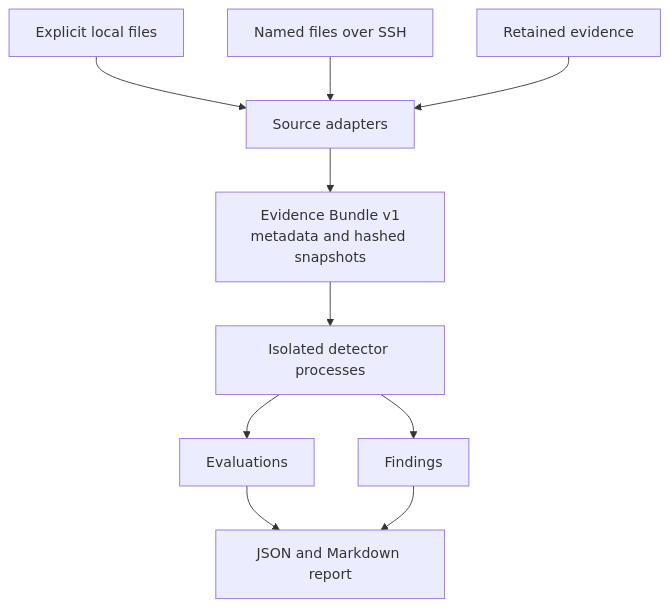
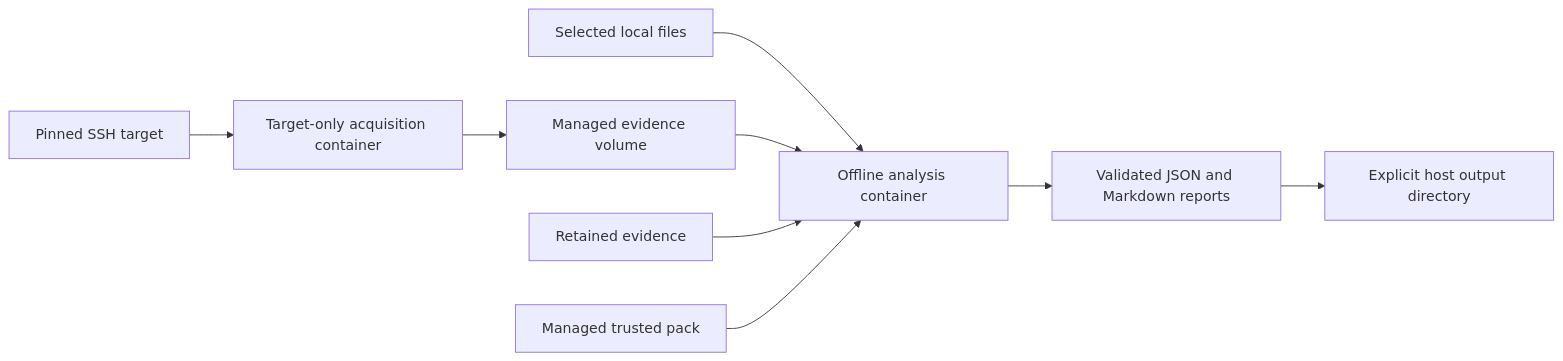
One commit to lib-port/agentless-DaC changed the diagram in README.md. Above: the diagram before and after it, drawn with Mermaid. The commit also changed other lines of this file and 73 other files, not shown here.

````diff
--- a/README.md
+++ b/README.md
@@ -54,12 +40,11 @@
 ```mermaid
-flowchart TD
-    Local["Explicit local files"] --> Sources["Source adapters"]
-    SSH["Named files over SSH"] --> Sources
-    Replay["Retained evidence"] --> Sources
-    Sources --> Evidence["Evidence Bundle v1<br/>metadata and hashed snapshots"]
-    Evidence --> Engine["Isolated detector processes"]
-    Engine --> Evaluations["Evaluations"]
-    Engine --> Findings["Findings"]
-    Evaluations --> Reports["JSON and Markdown report"]
-    Findings --> Reports
+flowchart LR
+    Local["Selected local files"] --> Offline["Offline analysis container"]
+    Target["Pinned SSH target"] --> Acquire["Target-only acquisition container"]
+    Acquire --> Evidence["Managed evidence volume"]
+    Evidence --> Offline
+    Replay["Retained evidence"] --> Offline
+    Packs["Managed trusted pack"] --> Offline
+    Offline --> Reports["Validated JSON and Markdown reports"]
+    Reports --> Export["Explicit host output directory"]
 ```
````
